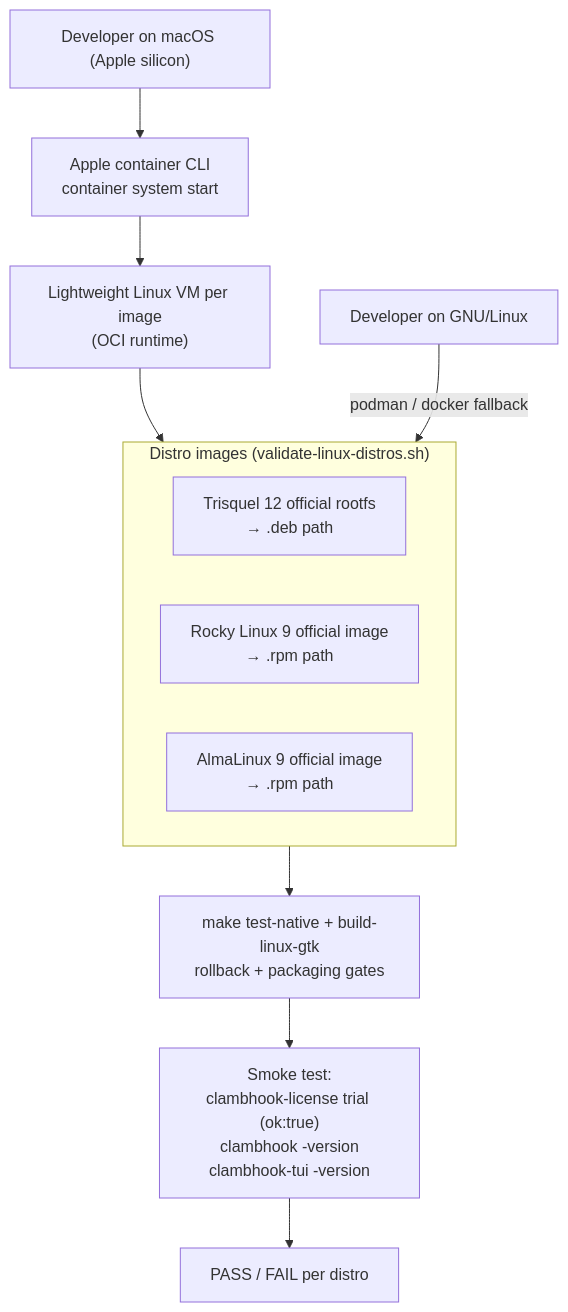
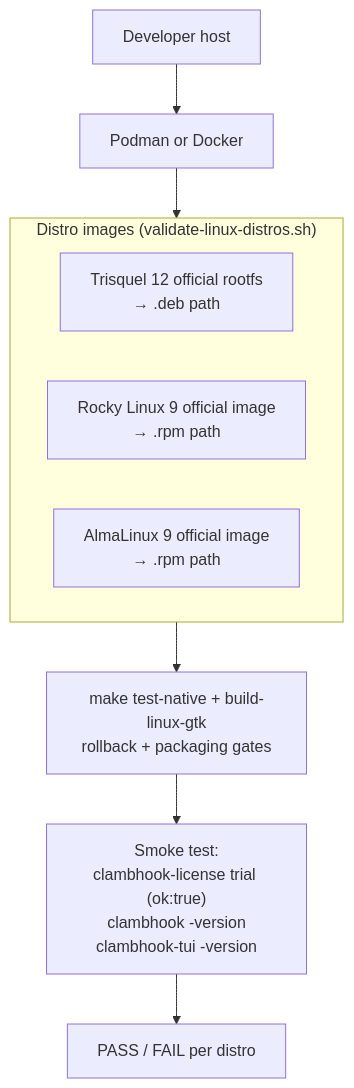
The diagram in packaging/README.md (JohnThre/clambhook), drawn with Mermaid before and after one commit. The commit also changed other lines of this file and 19 other files, not shown here.

````diff
--- a/packaging/README.md
+++ b/packaging/README.md
@@ -69,15 +63,13 @@
 ```mermaid
 flowchart TD
-    dev["Developer on macOS (Apple silicon)"] --> tool["Apple container CLI\ncontainer system start"]
-    tool --> vm["Lightweight Linux VM per image\n(OCI runtime)"]
+    dev["Developer host"] --> tool["Podman or Docker"]
     subgraph distros["Distro images (validate-linux-distros.sh)"]
         trisquel["Trisquel 12 official rootfs\n→ .deb path"]
         rocky["Rocky Linux 9 official image\n→ .rpm path"]
         alma["AlmaLinux 9 official image\n→ .rpm path"]
     end
-    vm --> distros
+    tool --> distros
     distros --> build["make test-native + build-linux-gtk\nrollback + packaging gates"]
     build --> smoke["Smoke test:\nclambhook-license trial (ok:true)\nclambhook -version\nclambhook-tui -version"]
     smoke --> pass["PASS / FAIL per distro"]
-    linux["Developer on GNU/Linux"] -->|"podman / docker fallback"| distros
 ```
````
